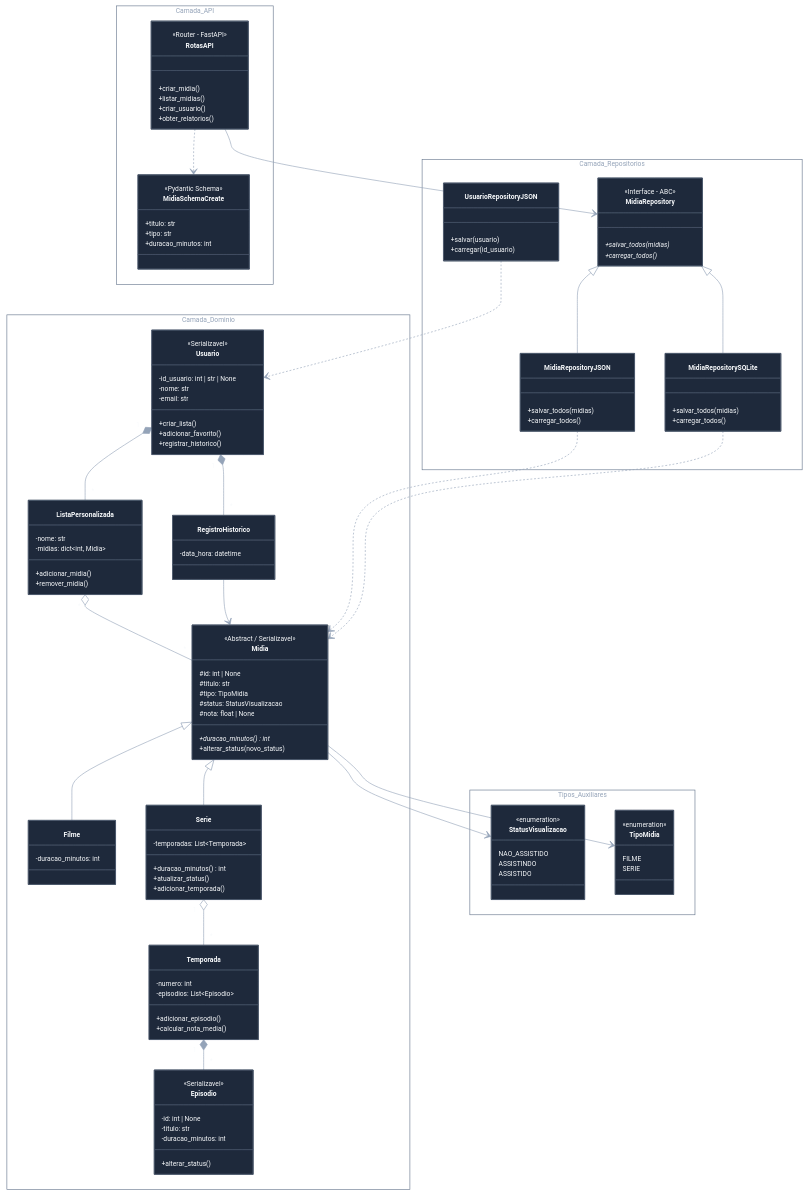
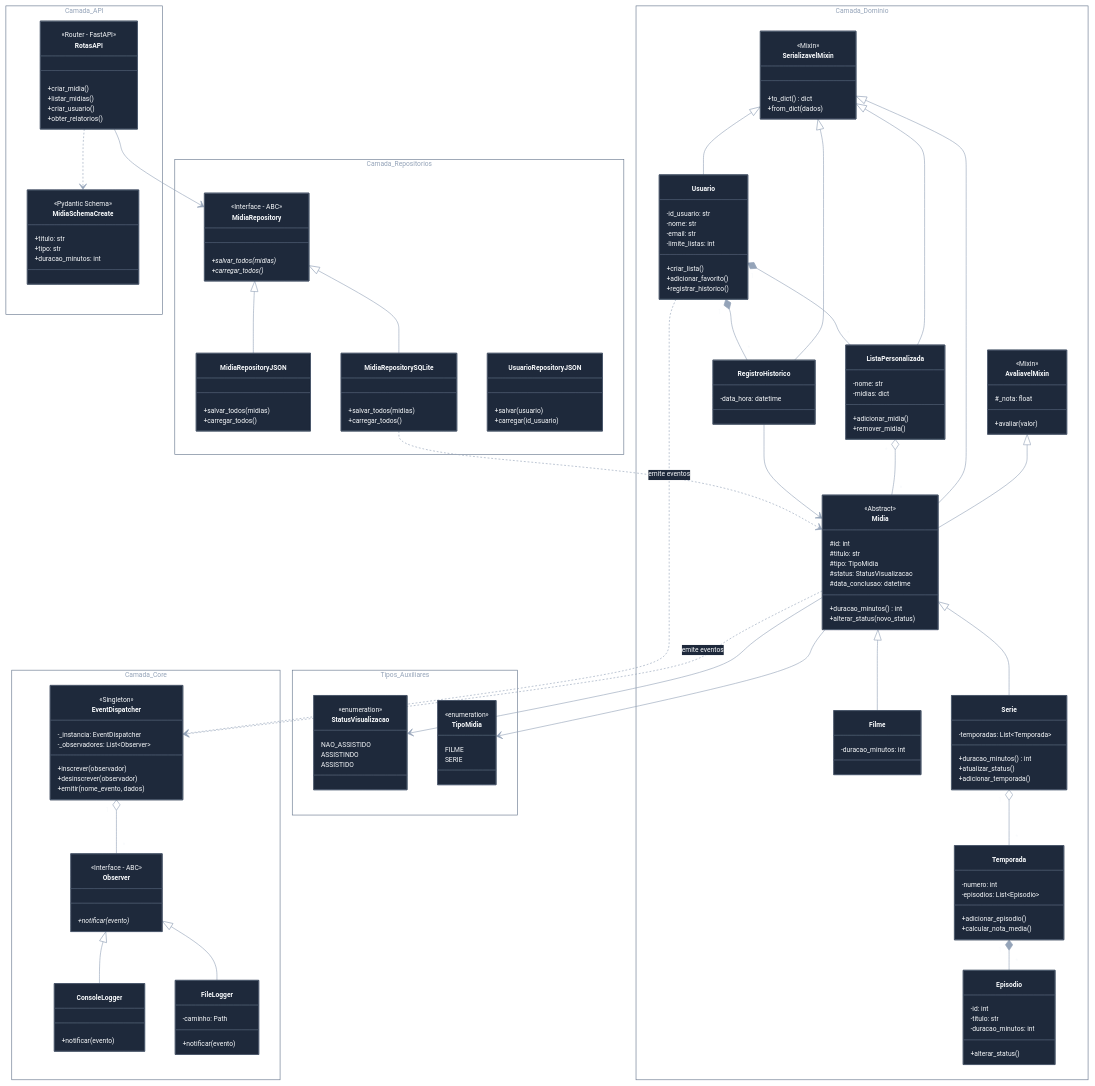
One commit to edson-santos0077/Exercicios-de-estudo-em-python changed the diagram in README.md. Above: the diagram before and after it, drawn with Mermaid.

````diff
--- a/README.md
+++ b/README.md
@@ -105,6 +104,28 @@
         }
     }
 
+    namespace Camada_Core {
+        class EventDispatcher {
+            <<Singleton>>
+            -_instancia: EventDispatcher
+            -_observadores: List~Observer~
+            +inscrever(observador)
+            +desinscrever(observador)
+            +emitir(nome_evento, dados)
+        }
+        class Observer {
+            <<Interface - ABC>>
+            +notificar(evento)*
+        }
+        class ConsoleLogger {
+            +notificar(evento)
+        }
+        class FileLogger {
+            -caminho: Path
+            +notificar(evento)
+        }
+    }
+
     namespace Camada_Repositorios {
         class MidiaRepository {
             <<Interface - ABC>>
@@ -126,14 +147,24 @@
     }
 
     namespace Camada_Dominio {
+        class AvaliavelMixin {
+            <<Mixin>>
+            #_nota: float
+            +avaliar(valor)
+        }
+        class SerializavelMixin {
+            <<Mixin>>
+            +to_dict() dict
+            +from_dict(dados)
+        }
         class Midia {
-            <<Abstract / Serializavel>>
-            #id: int | None
+            <<Abstract>>
+            #id: int
             #titulo: str
             #tipo: TipoMidia
             #status: StatusVisualizacao
-            #nota: float | None
-            +duracao_minutos()* int
+            #data_conclusao: datetime
+            +duracao_minutos() int
             +alterar_status(novo_status)
         }
         class Filme {
@@ -152,24 +183,23 @@
             +calcular_nota_media()
         }
         class Episodio {
-            <<Serializavel>>
-            -id: int | None
+            -id: int
             -titulo: str
             -duracao_minutos: int
             +alterar_status()
         }
         class Usuario {
-            <<Serializavel>>
-            -id_usuario: int | str | None
+            -id_usuario: str
             -nome: str
             -email: str
+            -limite_listas: int
             +criar_lista()
             +adicionar_favorito()
             +registrar_historico()
         }
         class ListaPersonalizada {
             -nome: str
-            -midias: dict~int, Midia~
+            -midias: dict
             +adicionar_midia()
             +remover_midia()
         }
@@ -192,11 +222,13 @@
         }
     }
 
-    %% Relacionamentos de Repositórios
-    MidiaRepository <|-- MidiaRepositoryJSON
-    MidiaRepository <|-- MidiaRepositorySQLite
+    %% Herança de Mixins e Domínio
+    AvaliavelMixin <|-- Midia
+    SerializavelMixin <|-- Midia
+    SerializavelMixin <|-- Usuario
+    SerializavelMixin <|-- ListaPersonalizada
+    SerializavelMixin <|-- RegistroHistorico
 
-    %% Herança do Domínio
     Midia <|-- Filme
     Midia <|-- Serie
 
@@ -212,10 +244,17 @@
     Midia --> TipoMidia
     Midia --> StatusVisualizacao
 
-    %% Integração de Camadas
+    %% Estrutura do Observer
+    Observer <|-- ConsoleLogger
+    Observer <|-- FileLogger
+    EventDispatcher "1" o-- "*" Observer
+    Midia ..> EventDispatcher : emite eventos
+    Usuario ..> EventDispatcher : emite eventos
+
+    %% Persistência e API
+    MidiaRepository <|-- MidiaRepositoryJSON
+    MidiaRepository <|-- MidiaRepositorySQLite
     RotasAPI ..> MidiaSchemaCreate
     RotasAPI --> MidiaRepository
-    MidiaRepositoryJSON ..> Midia
     MidiaRepositorySQLite ..> Midia
-    UsuarioRepositoryJSON ..> Usuario
 ```
````
